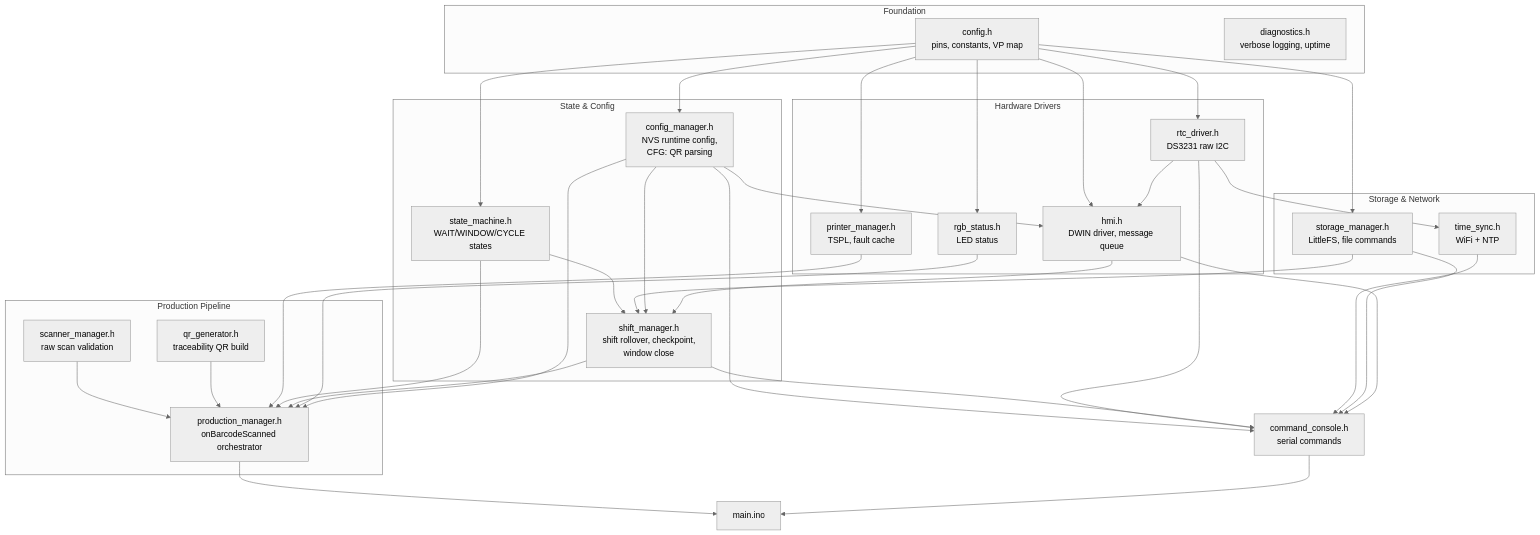
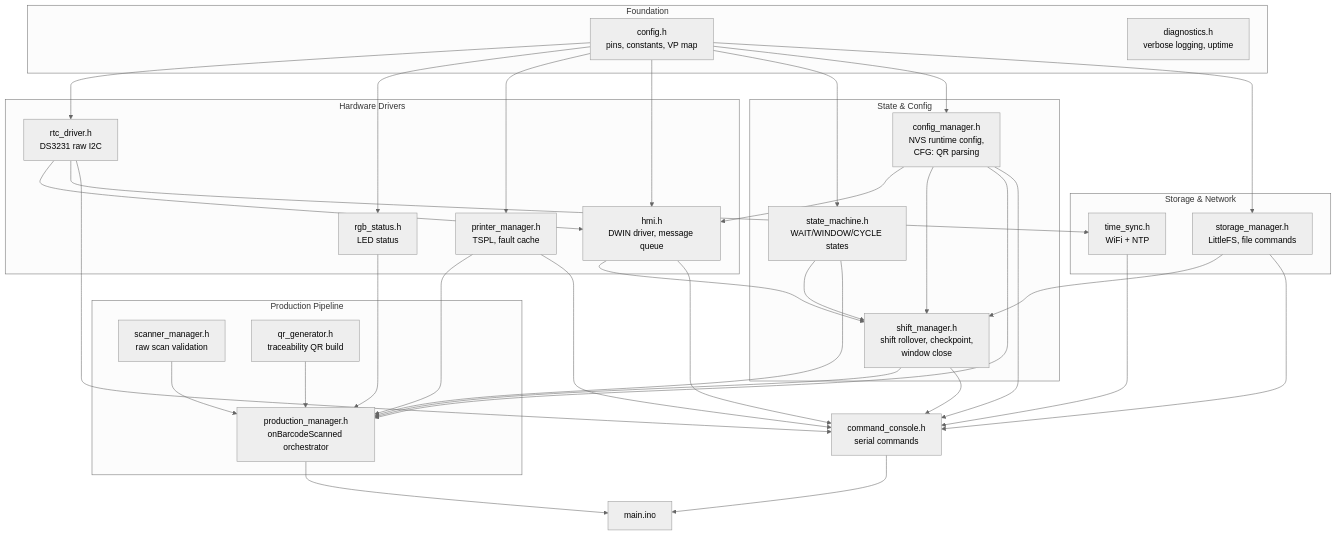
The first of 3 diagrams in readme.md (vijay1923/traceability-qr-sticker-labeling-), drawn with Mermaid (neutral theme) before and after one commit. The commit also changed other lines of this file and 17 other files, not shown here.

````diff
--- a/readme.md
+++ b/readme.md
@@ -20,70 +20,71 @@
 ```mermaid
 graph TD
     main[main.ino]
 
     subgraph Foundation
         config[config.h<br/>pins, constants, VP map]
         diagnostics[diagnostics.h<br/>verbose logging, uptime]
     end
 
     subgraph Hardware Drivers
         rtc[rtc_driver.h<br/>DS3231 raw I2C]
         rgb[rgb_status.h<br/>LED status]
         printer[printer_manager.h<br/>TSPL, fault cache]
         hmi[hmi.h<br/>DWIN driver, message queue]
     end
 
     subgraph State & Config
         state[state_machine.h<br/>WAIT/WINDOW/CYCLE states]
         cfgmgr[config_manager.h<br/>NVS runtime config,<br/>CFG: QR parsing]
         shift[shift_manager.h<br/>shift rollover, checkpoint,<br/>window close]
     end
 
     subgraph Storage & Network
         storage[storage_manager.h<br/>LittleFS, file commands]
         timesync[time_sync.h<br/>WiFi + NTP]
     end
 
     subgraph Production Pipeline
         scanner[scanner_manager.h<br/>raw scan validation]
         qrgen[qr_generator.h<br/>traceability QR build]
         production[production_manager.h<br/>onBarcodeScanned orchestrator]
     end
 
     console[command_console.h<br/>serial commands]
 
     config --> rtc
     config --> rgb
     config --> printer
     config --> hmi
     rtc --> hmi
 
     config --> state
     config --> cfgmgr
     cfgmgr --> hmi
     state --> shift
     storage --> shift
     cfgmgr --> shift
     hmi --> shift
 
     config --> storage
     rtc --> timesync
 
     scanner --> production
     qrgen --> production
     printer --> production
     state --> production
     shift --> production
     rgb --> production
     cfgmgr --> production
 
     cfgmgr --> console
     rtc --> console
     shift --> console
     timesync --> console
     storage --> console
     hmi --> console
+    printer --> console
 
     production --> main
     console --> main
 ```
````
